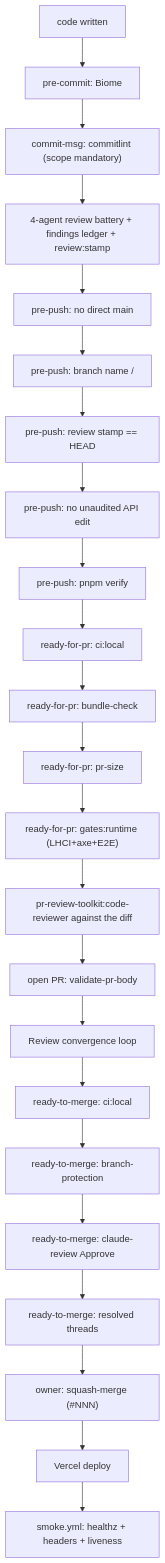
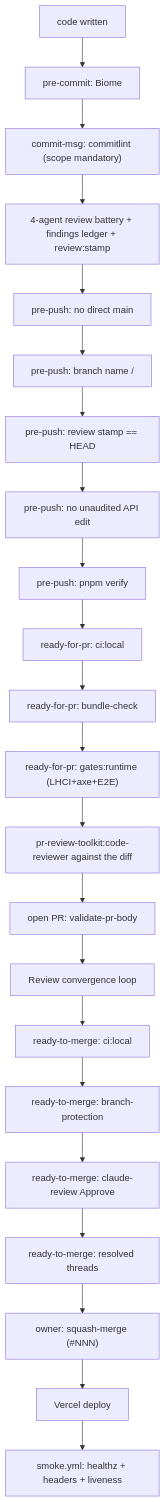
One commit to erikunha/portfolio changed the first of 3 diagrams in docs/handbook/review-merge-release.md. Above: the diagram before and after it, drawn with Mermaid. The commit also changed other lines of this file and 22 other files, not shown here.

````diff
--- a/docs/handbook/review-merge-release.md
+++ b/docs/handbook/review-merge-release.md
@@ -7,25 +7,24 @@
 ```mermaid
 flowchart TD
     write["code written"] --> c1["pre-commit: Biome"]
     c1 --> c2["commit-msg: commitlint (scope mandatory)"]
     c2 --> battery["4-agent review battery + findings ledger + review:stamp"]
     battery --> p1["pre-push: no direct main"]
     p1 --> p2["pre-push: branch name <type>/<desc>"]
     p2 --> p3["pre-push: review stamp == HEAD"]
     p3 --> p4["pre-push: no unaudited API edit"]
     p4 --> p5["pre-push: pnpm verify"]
     p5 --> r1["ready-for-pr: ci:local"]
     r1 --> r2["ready-for-pr: bundle-check"]
-    r2 --> r3["ready-for-pr: pr-size"]
-    r3 --> r4["ready-for-pr: gates:runtime (LHCI+axe+E2E)"]
+    r2 --> r4["ready-for-pr: gates:runtime (LHCI+axe+E2E)"]
     r4 --> r5["pr-review-toolkit:code-reviewer against the diff"]
     r5 --> o1["open PR: validate-pr-body"]
     o1 --> o2["Review convergence loop"]
     o2 --> m1["ready-to-merge: ci:local"]
     m1 --> m2["ready-to-merge: branch-protection"]
     m2 --> m3["ready-to-merge: claude-review Approve"]
     m3 --> m4["ready-to-merge: resolved threads"]
     m4 --> merge["owner: squash-merge (#NNN)"]
     merge --> deploy["Vercel deploy"]
     deploy --> smoke["smoke.yml: healthz + headers + liveness"]
 ```
````
